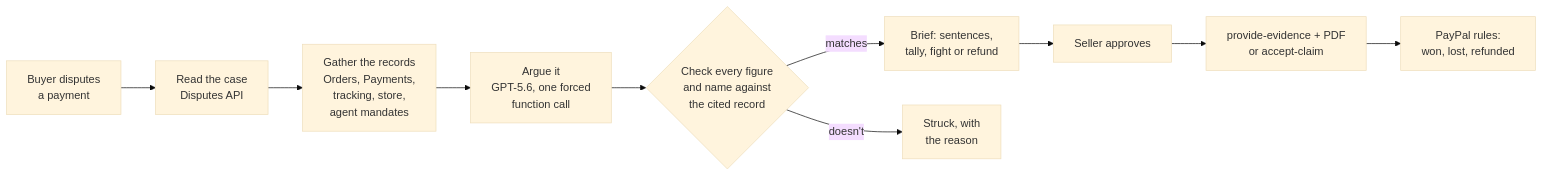
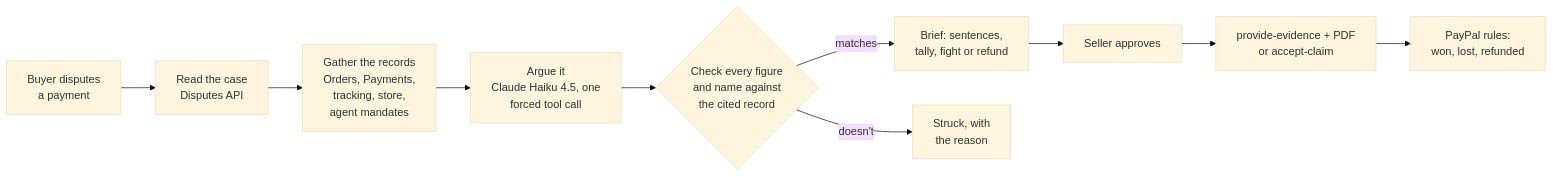
Before and after one commit to RohanGlitched/exhibit: the diagram in README.md, drawn with Mermaid (base theme). The commit also changed other lines of this file and 20 other files, not shown here.

````diff
--- a/README.md
+++ b/README.md
@@ -65,12 +65,12 @@
 ```mermaid
 flowchart LR
   A[Buyer disputes<br/>a payment] --> B[Read the case<br/>Disputes API]
   B --> C[Gather the records<br/>Orders, Payments,<br/>tracking, store,<br/>agent mandates]
-  C --> D[Argue it<br/>GPT-5.6, one forced<br/>function call]
+  C --> D[Argue it<br/>Claude Haiku 4.5, one<br/>forced tool call]
   D --> E{Check every figure<br/>and name against<br/>the cited record}
   E -->|matches| F[Brief: sentences,<br/>tally, fight or refund]
   E -->|doesn't| G[Struck, with<br/>the reason]
   F --> H[Seller approves]
   H --> I[provide-evidence + PDF<br/>or accept-claim]
   I --> J[PayPal rules:<br/>won, lost, refunded]
 ```
````
